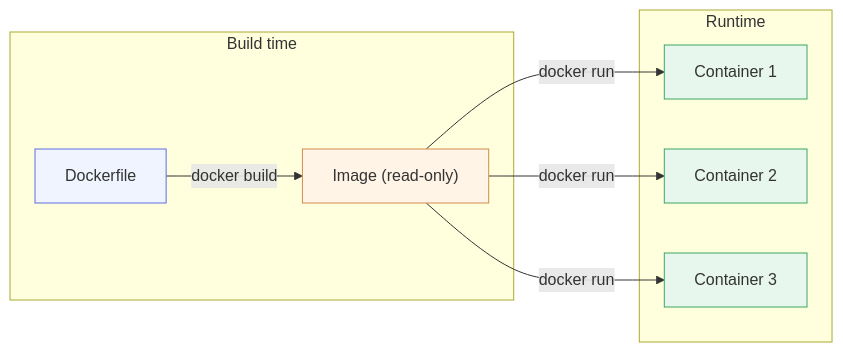
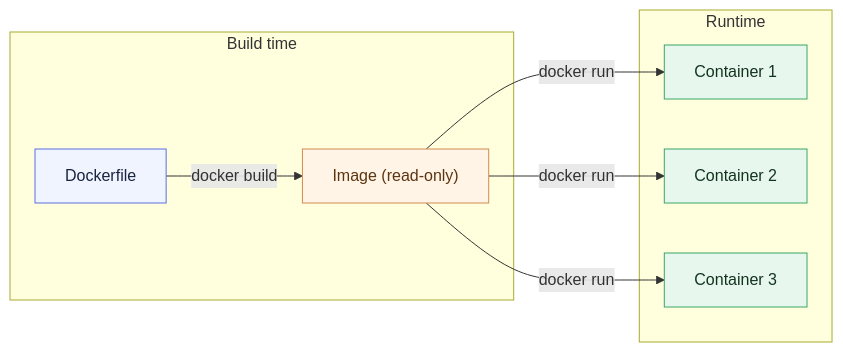
The first of 4 diagrams in chapter_2/l5/README.md (LinkedInLearning/docker-for-local-ai-app-development-build-lightweight-containerized-ai-applications-11189001), drawn with Mermaid before and after one commit. The commit also changed 25 other files, not shown here.

````diff
--- a/chapter_2/l5/README.md
+++ b/chapter_2/l5/README.md
@@ -17,20 +17,20 @@
 ```mermaid
 flowchart LR
     subgraph Build["Build time"]
       D[Dockerfile] -- "docker build" --> I["Image (read-only)"]
     end
 
     subgraph Run["Runtime"]
       I -- "docker run" --> C1[Container 1]
       I -- "docker run" --> C2[Container 2]
       I -- "docker run" --> C3[Container 3]
     end
 
-    classDef artifact fill:#f0f4ff,stroke:#5b6ee1;
-    classDef image    fill:#fff4e6,stroke:#d28b4f;
-    classDef runtime  fill:#e8f7ee,stroke:#3aa667;
+    classDef artifact fill:#f0f4ff,stroke:#5b6ee1,color:#1a2440;
+    classDef image    fill:#fff4e6,stroke:#d28b4f,color:#5c3410;
+    classDef runtime  fill:#e8f7ee,stroke:#3aa667,color:#12341f;
 
     class D artifact
     class I image
     class C1,C2,C3 runtime
 ```
````
